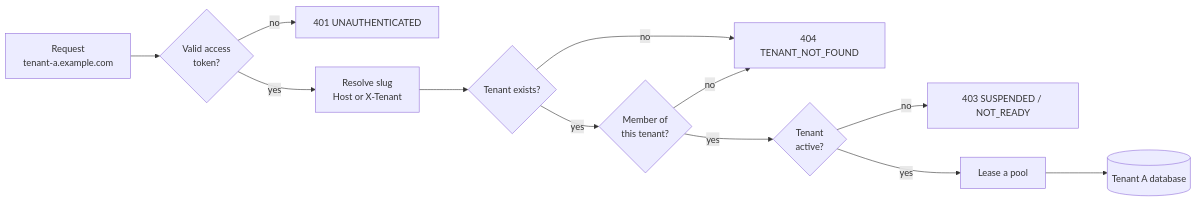
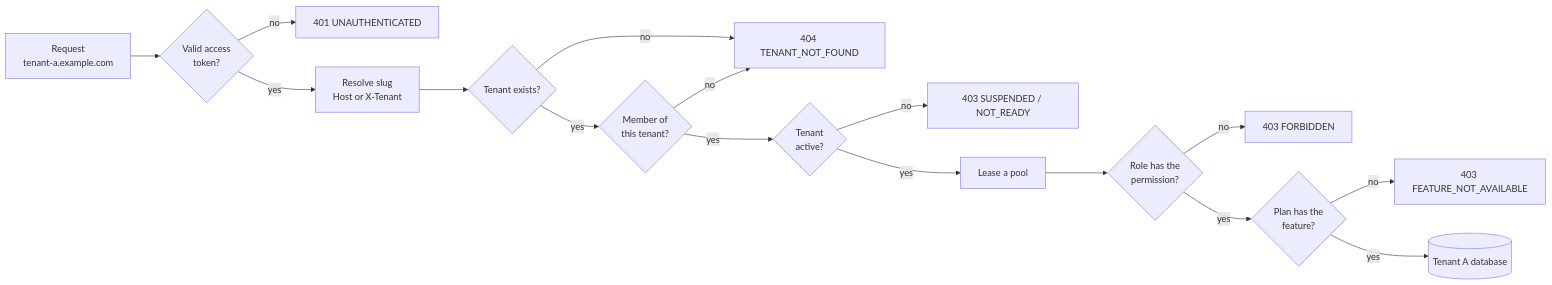
Before and after one commit to noahrono/saas-tenancy-starter: the diagram in README.md, drawn with Mermaid. The commit also changed other lines of this file and 2 other files, not shown here.

````diff
--- a/README.md
+++ b/README.md
@@ -46,13 +56,17 @@
 ```mermaid
 flowchart LR
   R[Request<br/>tenant-a.example.com] --> A{Valid access<br/>token?}
   A -- no --> N401[401 UNAUTHENTICATED]
   A -- yes --> S[Resolve slug<br/>Host or X-Tenant]
   S --> T{Tenant exists?}
   T -- no --> N404[404 TENANT_NOT_FOUND]
   T -- yes --> M{Member of<br/>this tenant?}
   M -- no --> N404
   M -- yes --> ST{Tenant<br/>active?}
   ST -- no --> N403[403 SUSPENDED / NOT_READY]
-  ST -- yes --> P[Lease a pool] --> DB[(Tenant A database)]
+  ST -- yes --> P[Lease a pool] --> R2{Role has the<br/>permission?}
+  R2 -- no --> F403[403 FORBIDDEN]
+  R2 -- yes --> PL{Plan has the<br/>feature?}
+  PL -- no --> FNA[403 FEATURE_NOT_AVAILABLE]
+  PL -- yes --> DB[(Tenant A database)]
 ```
````
